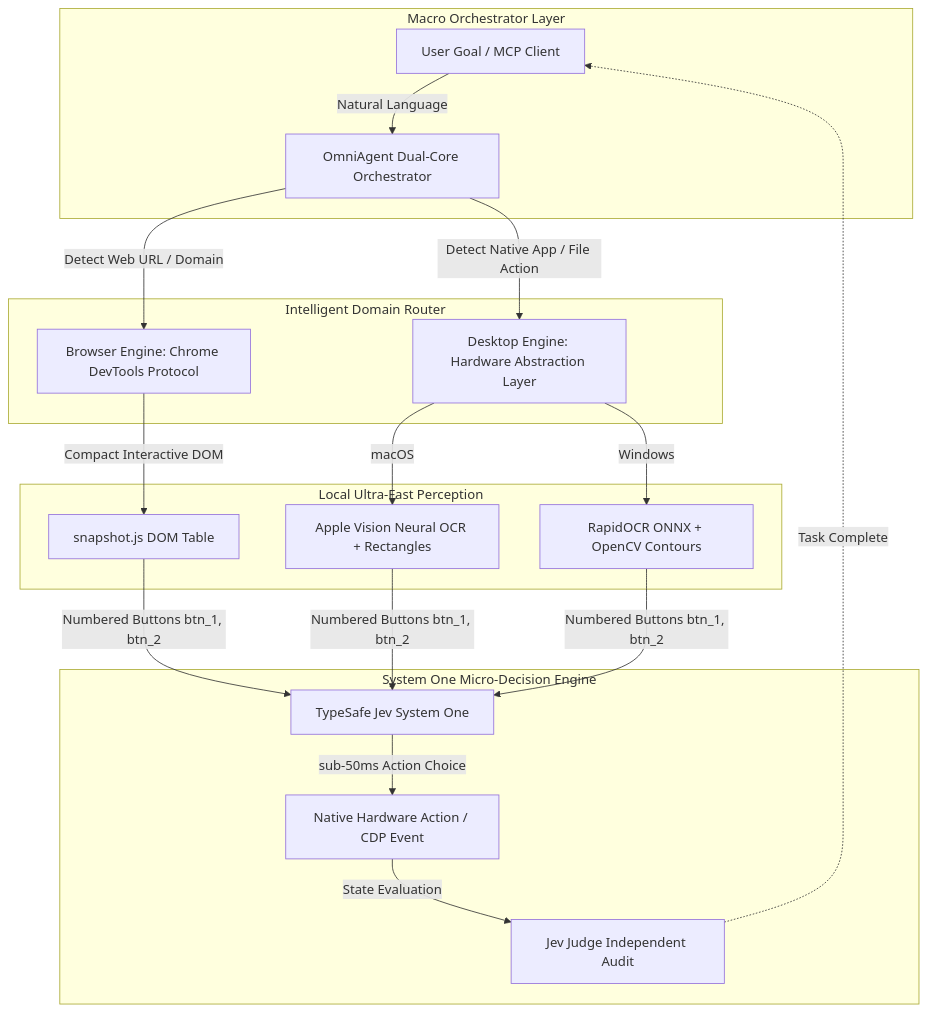
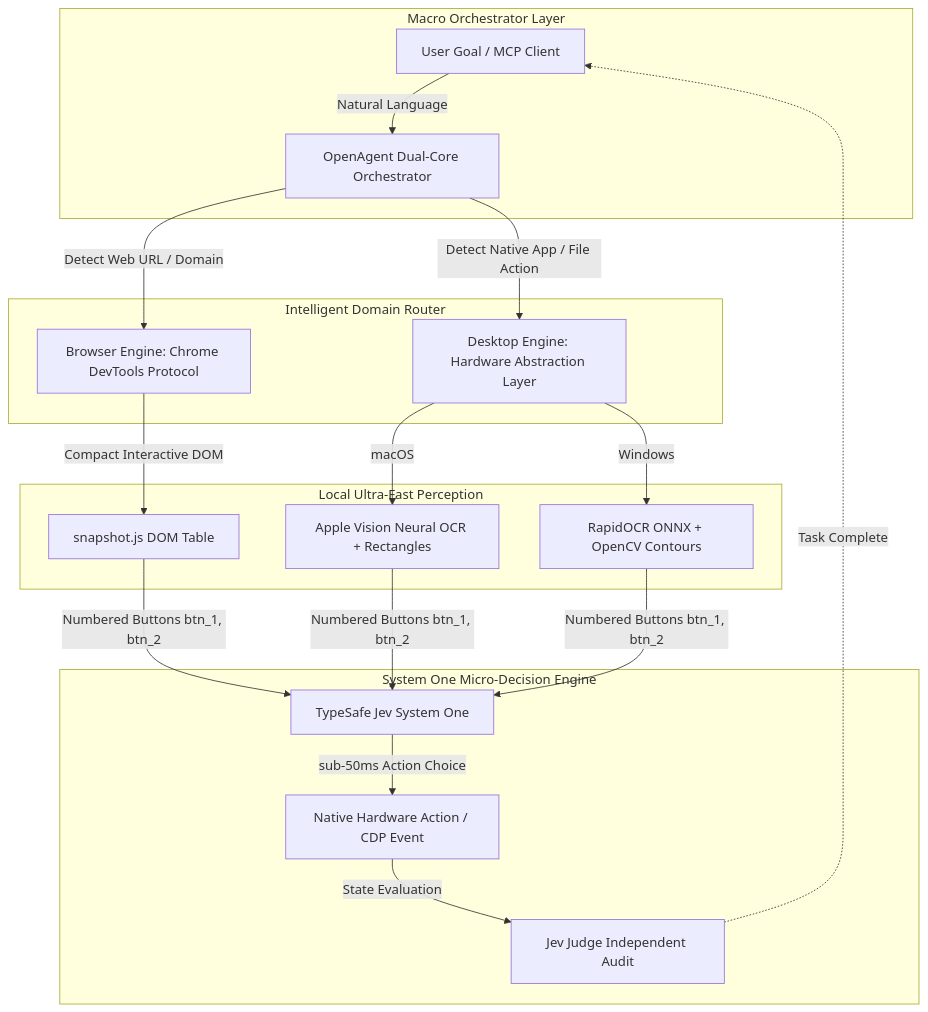
Before and after one commit to ribentianhuang38-boop/open-use: the diagram in README.md, drawn with Mermaid. The commit also changed other lines of this file and 24 other files, not shown here.

````diff
--- a/README.md
+++ b/README.md
@@ -52,25 +52,25 @@
 ```mermaid
 graph TB
     subgraph Macro [Macro Orchestrator Layer]
-        User[User Goal / MCP Client] -->|Natural Language| OmniAgent[OmniAgent Dual-Core Orchestrator]
+        User[User Goal / MCP Client] -->|Natural Language| OpenAgent[OpenAgent Dual-Core Orchestrator]
     end
 
     subgraph Router [Intelligent Domain Router]
-        OmniAgent -->|Detect Web URL / Domain| BrowserCore[Browser Engine: Chrome DevTools Protocol]
-        OmniAgent -->|Detect Native App / File Action| DesktopCore[Desktop Engine: Hardware Abstraction Layer]
+        OpenAgent -->|Detect Web URL / Domain| BrowserCore[Browser Engine: Chrome DevTools Protocol]
+        OpenAgent -->|Detect Native App / File Action| DesktopCore[Desktop Engine: Hardware Abstraction Layer]
     end
 
     subgraph Perception [Local Ultra-Fast Perception]
         BrowserCore -->|Compact Interactive DOM| Snapshot[snapshot.js DOM Table]
         DesktopCore -->|macOS| MacHAL[Apple Vision Neural OCR + Rectangles]
         DesktopCore -->|Windows| WinHAL[RapidOCR ONNX + OpenCV Contours]
     end
 
     subgraph Decision [System One Micro-Decision Engine]
         Snapshot & MacHAL & WinHAL -->|Numbered Buttons btn_1, btn_2| Jev[TypeSafe Jev System One]
         Jev -->|sub-50ms Action Choice| ActionExec[Native Hardware Action / CDP Event]
         ActionExec -->|State Evaluation| Judge[Jev Judge Independent Audit]
     end
 
     Judge -.->|Task Complete| User
 ```
````
